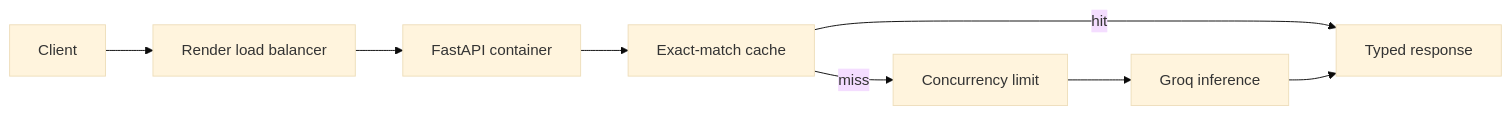
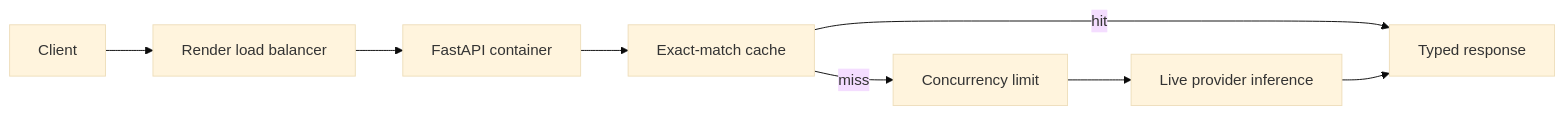
Before and after one commit to bootcampyoussef/mle-containerized-llm-deployment: the diagram in README.md, drawn with Mermaid (base theme). The commit also changed other lines of this file and 7 other files, not shown here.

````diff
--- a/README.md
+++ b/README.md
@@ -58,10 +59,10 @@
 ```mermaid
 flowchart LR
     A["Client"] --> B["Render load balancer"]
     B --> C["FastAPI container"]
     C --> E["Exact-match cache"]
     E -->|"miss"| D["Concurrency limit"]
-    D --> F["Groq inference"]
+    D --> F["Live provider inference"]
     E -->|"hit"| G["Typed response"]
     F --> G
 ```
````
